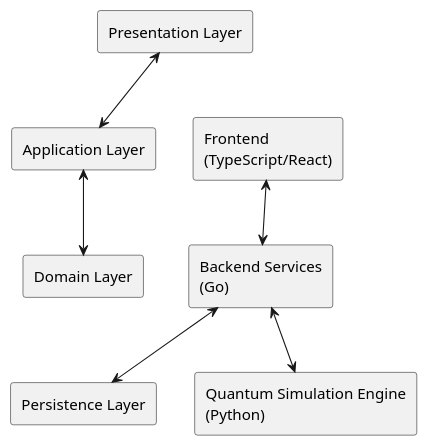
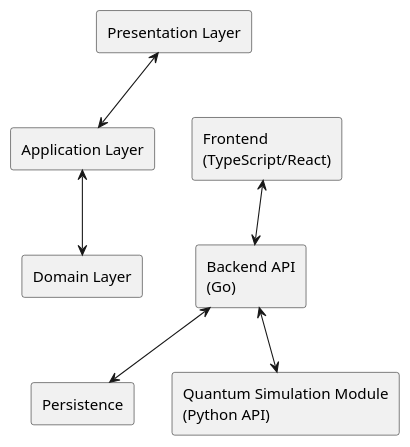
Before and after one commit to snark87/vibe-coding-experiment: the fourth of 11 diagrams in docs/high_level_architecture.md, drawn with PlantUML. The commit also changed other lines of this file and 1 other file, not shown here.

First line of the commit message:
docs: Address review comments in high-level architecture document

````diff
--- a/docs/high_level_architecture.md
+++ b/docs/high_level_architecture.md
@@ -147,28 +151,28 @@
 ```puml
 @startuml
 ' System layers
 rectangle "Presentation Layer" as PresentationLayer
 rectangle "Application Layer" as ApplicationLayer
 rectangle "Domain Layer" as DomainLayer
 
 ' Implementation components
 rectangle "Frontend\n(TypeScript/React)" as Frontend
-rectangle "Backend Services\n(Go)" as Backend
-rectangle "Persistence Layer" as Persistence
-rectangle "Quantum Simulation Engine\n(Python)" as SimulationEngine
+rectangle "Backend API\n(Go)" as Backend
+rectangle "Persistence" as Persistence
+rectangle "Quantum Simulation Module\n(Python API)" as SimulationEngine
 
 ' Connections between layers
 PresentationLayer <--> ApplicationLayer
 ApplicationLayer <--> DomainLayer
 
 ' Connections between implementation components
 Frontend <--> Backend
 Backend <--> Persistence
 Backend <--> SimulationEngine
 
 ' Layout
 PresentationLayer -[hidden]d- Frontend
 ApplicationLayer -[hidden]d- Backend
 DomainLayer -[hidden]d- Persistence
 @enduml
 ```
````
